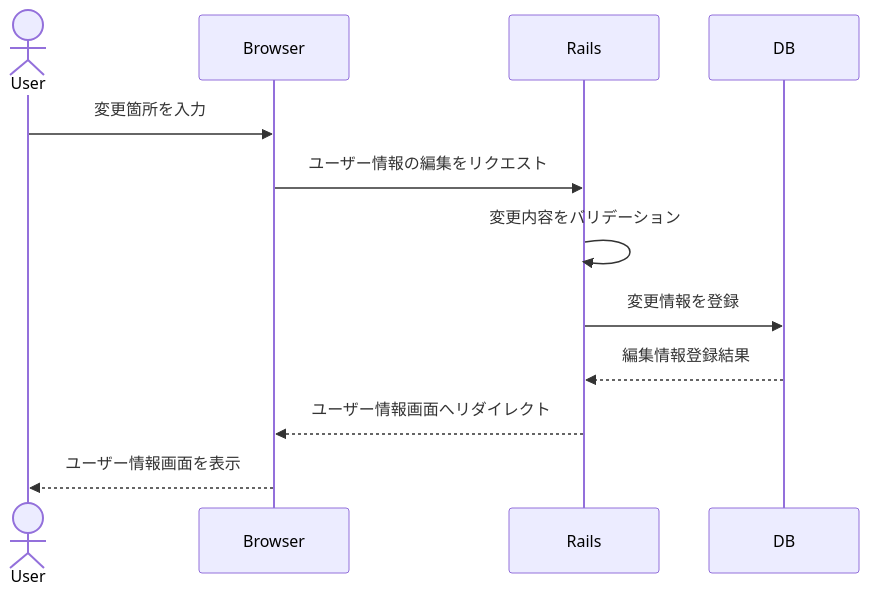
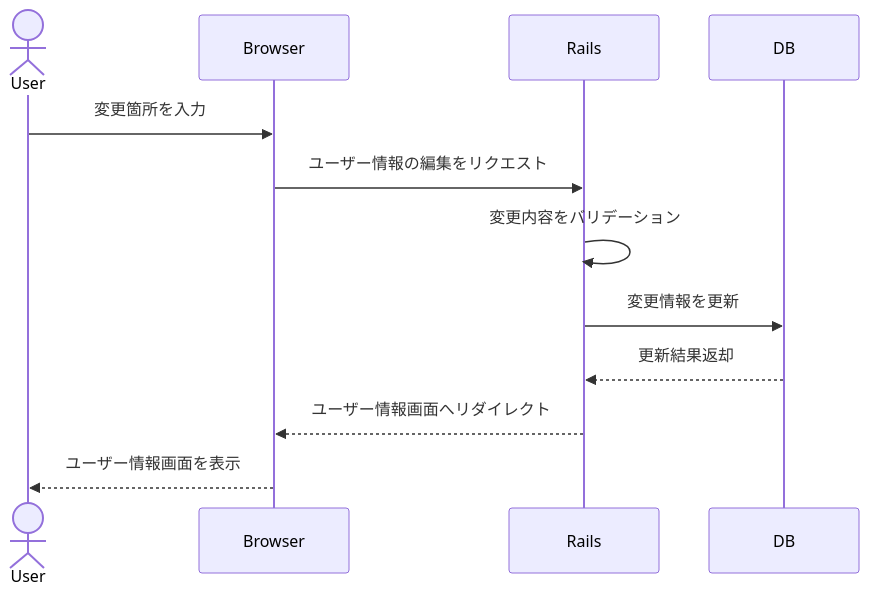
One commit to Mihara-Yamato-com/training_yamato_app changed the third of 4 diagrams in 03_detail_design.md. Above: the diagram before and after it, drawn with Mermaid. The commit also changed other lines of this file, not shown here.

Commit message:
シーケンス図の修正と誤字脱字の修正

````diff
--- a/03_detail_design.md
+++ b/03_detail_design.md
@@ -263,16 +264,16 @@
 ```mermaid
 sequenceDiagram
     actor User
     participant Browser
     participant Rails
     participant DB
 
     User->>Browser:変更箇所を入力
     Browser->>Rails:ユーザー情報の編集をリクエスト
     Rails->>Rails:変更内容をバリデーション
-    Rails->>DB:変更情報を登録
-    DB-->>Rails:編集情報登録結果
+    Rails->>DB:変更情報を更新
+    DB-->>Rails:更新結果返却
     Rails-->>Browser:ユーザー情報画面へリダイレクト
     Browser-->>User:ユーザー情報画面を表示
 
 ```
````
